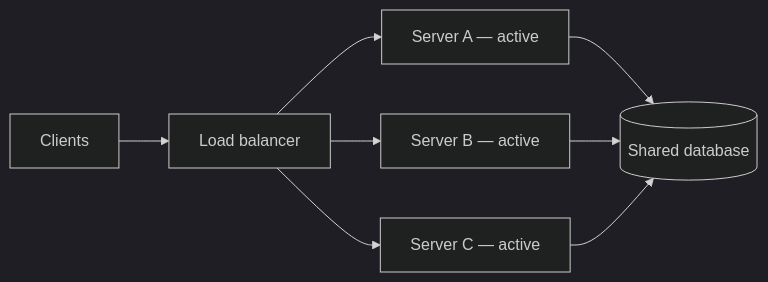
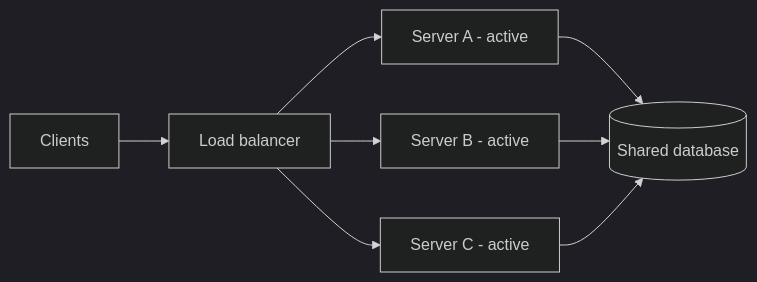
The eighth of 21 diagrams in 12-reliability-engineering/README.md (hareramcse/SystemDesign), drawn with Mermaid (dark theme) before and after one commit. The commit also changed other lines of this file, not shown here.

````diff
--- a/12-reliability-engineering/README.md
+++ b/12-reliability-engineering/README.md
@@ -311,10 +363,10 @@
 ```mermaid
 flowchart LR
     Clients[Clients] --> LB[Load balancer]
-    LB --> SA[Server A — active]
-    LB --> SB[Server B — active]
-    LB --> SC[Server C — active]
+    LB --> SA[Server A - active]
+    LB --> SB[Server B - active]
+    LB --> SC[Server C - active]
     SA --> DB[(Shared database)]
     SB --> DB
     SC --> DB
 ```
````
